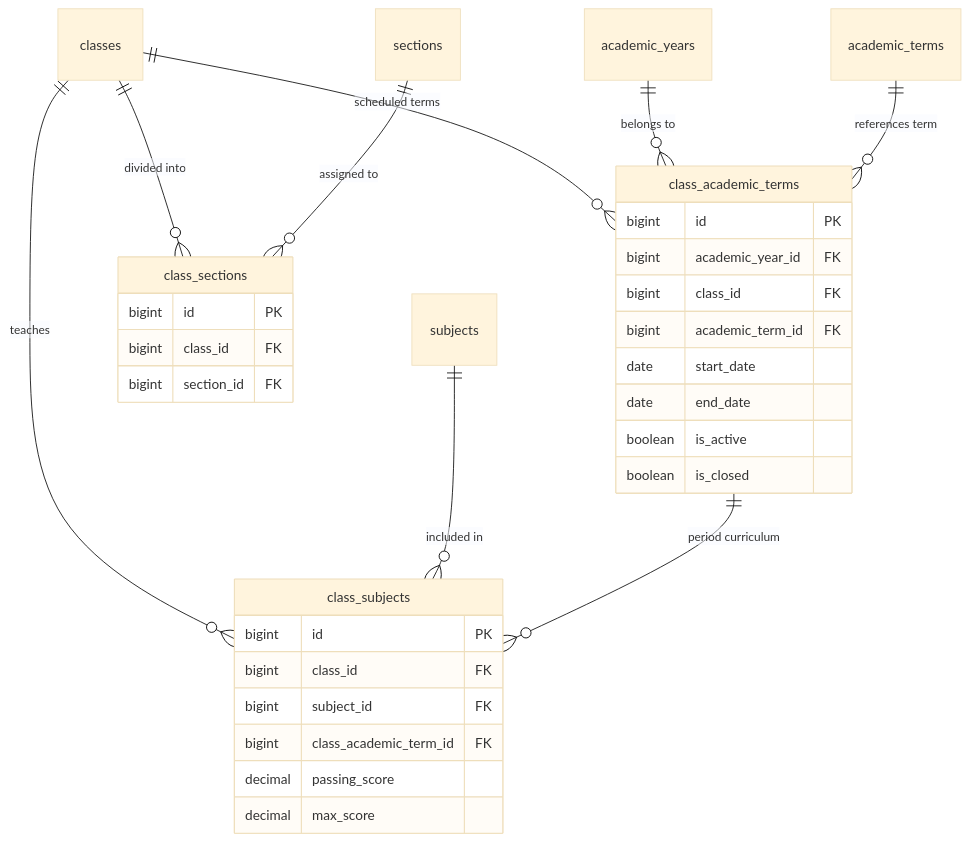
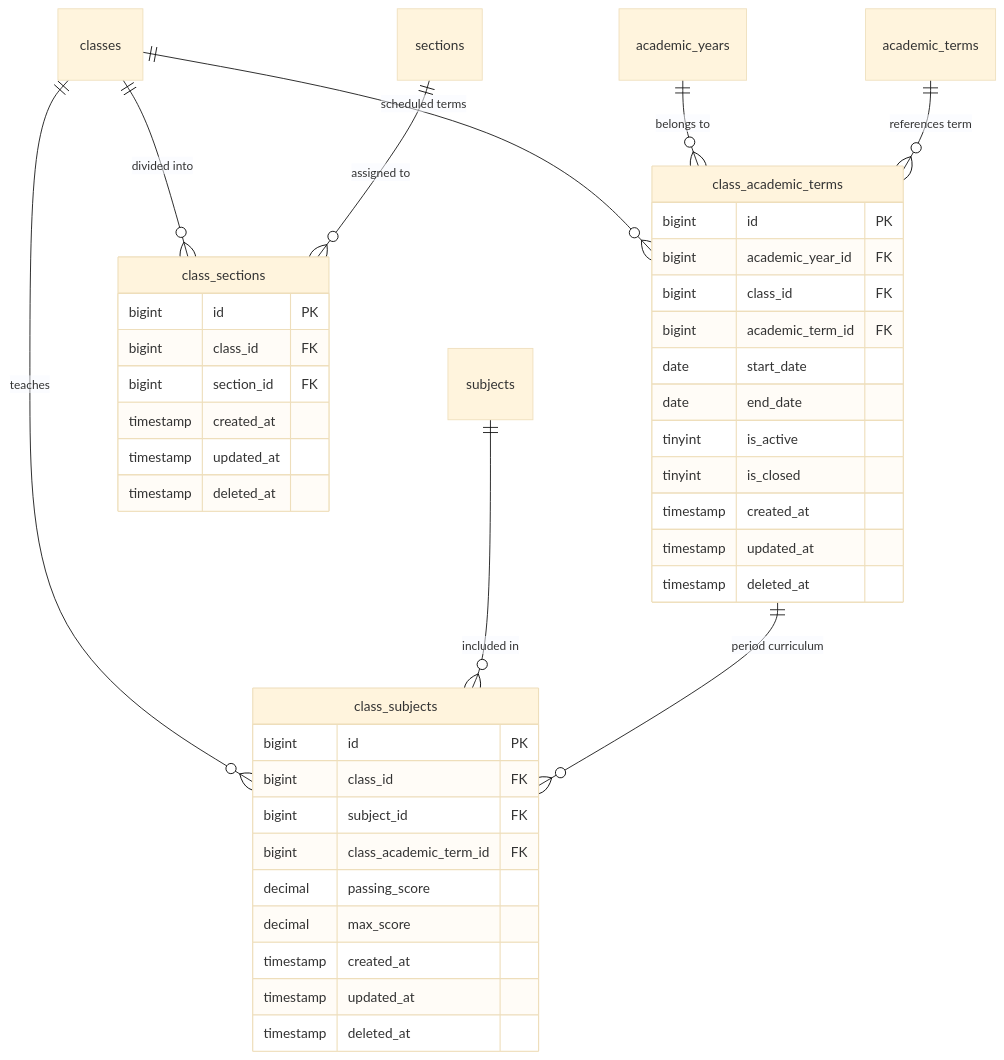
Before and after one commit to alalemusa98-ctrl/Taqniya-SMS: the diagram in MD/phases/phase_02_academic_structure_c/data.md, drawn with Mermaid (base theme). The commit also changed other lines of this file and 7 other files, not shown here.

````diff
--- a/MD/phases/phase_02_academic_structure_c/data.md
+++ b/MD/phases/phase_02_academic_structure_c/data.md
@@ -88,37 +133,46 @@
 ```mermaid
 erDiagram
     classes ||--o{ class_academic_terms : "scheduled terms"
     academic_years ||--o{ class_academic_terms : "belongs to"
     academic_terms ||--o{ class_academic_terms : "references term"
     classes ||--o{ class_sections : "divided into"
     sections ||--o{ class_sections : "assigned to"
     classes ||--o{ class_subjects : "teaches"
     subjects ||--o{ class_subjects : "included in"
     class_academic_terms ||--o{ class_subjects : "period curriculum"
 
     class_academic_terms {
         bigint id PK
         bigint academic_year_id FK
         bigint class_id FK
         bigint academic_term_id FK
         date start_date
         date end_date
-        boolean is_active
-        boolean is_closed
+        tinyint is_active
+        tinyint is_closed
+        timestamp created_at
+        timestamp updated_at
+        timestamp deleted_at
     }
 
     class_sections {
         bigint id PK
         bigint class_id FK
         bigint section_id FK
+        timestamp created_at
+        timestamp updated_at
+        timestamp deleted_at
     }
 
     class_subjects {
         bigint id PK
         bigint class_id FK
         bigint subject_id FK
         bigint class_academic_term_id FK
         decimal passing_score
         decimal max_score
+        timestamp created_at
+        timestamp updated_at
+        timestamp deleted_at
     }
 ```
````
